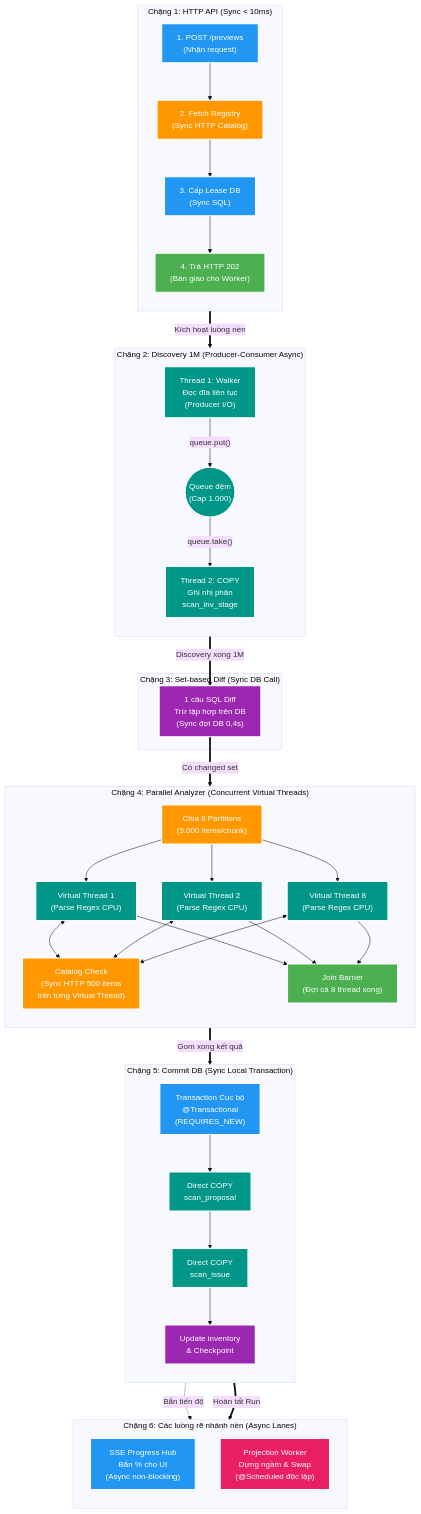
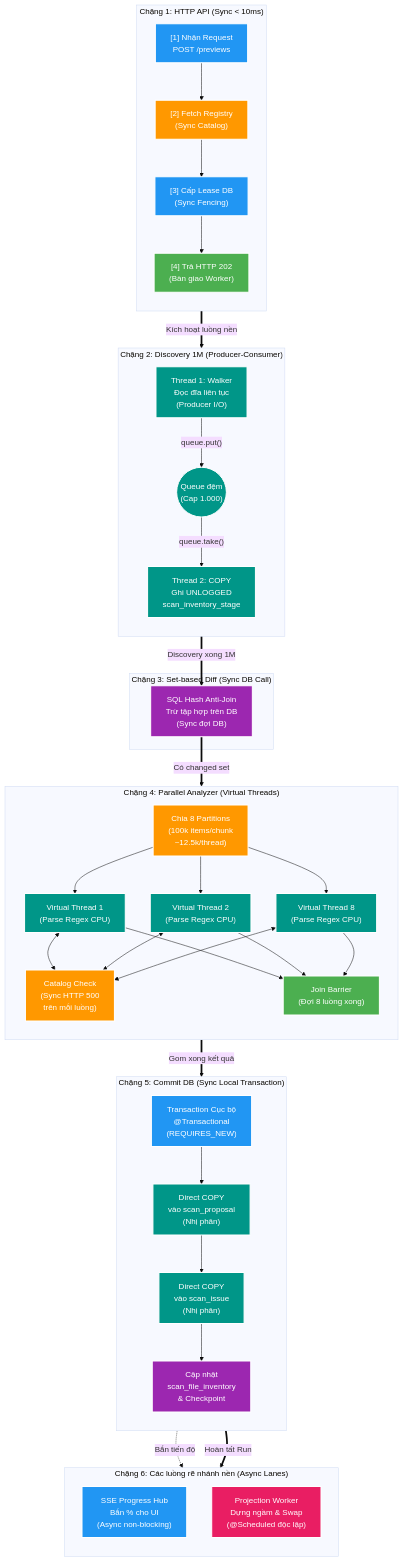
One commit to HungPhan200591/file-mngt-be-v2 changed the second of 6 diagrams in manual/learning/use-cases/scale-capacity/sc-01-scan-one-million-filesystem-entry/references/deep-dive-scan-preview-pipeline-under-30s.md. Above: the diagram before and after it, drawn with Mermaid (base theme). The commit also changed other lines of this file, not shown here.

Commit message:
refactor(documentation): enhance clarity and detail in deep dive scan preview pipeline documentation

```diff
--- a/manual/learning/use-cases/scale-capacity/sc-01-scan-one-million-filesystem-entry/references/deep-dive-scan-preview-pipeline-under-30s.md
+++ b/manual/learning/use-cases/scale-capacity/sc-01-scan-one-million-filesystem-entry/references/deep-dive-scan-preview-pipeline-under-30s.md
@@ -90,36 +91,36 @@
 flowchart TD
     subgraph PHASE_1_HTTP["Chặng 1: HTTP API (Sync &lt; 10ms)"]
         direction TB
-        REQ["1. POST /previews<br/>(Nhận request)"]
-        SNAP["2. Fetch Registry<br/>(Sync HTTP Catalog)"]
-        LEASE["3. Cấp Lease DB<br/>(Sync SQL)"]
-        RESP["4. Trả HTTP 202<br/>(Bàn giao cho Worker)"]
+        REQ["[1] Nhận Request<br/>POST /previews"]
+        SNAP["[2] Fetch Registry<br/>(Sync Catalog)"]
+        LEASE["[3] Cấp Lease DB<br/>(Sync Fencing)"]
+        RESP["[4] Trả HTTP 202<br/>(Bàn giao Worker)"]
         
         REQ --> SNAP --> LEASE --> RESP
     end
 
-    subgraph PHASE_2_DISCOVERY["Chặng 2: Discovery 1M (Producer-Consumer Async)"]
+    subgraph PHASE_2_DISCOVERY["Chặng 2: Discovery 1M (Producer-Consumer)"]
         direction TB
         T1["Thread 1: Walker<br/>Đọc đĩa liên tục<br/>(Producer I/O)"]
         Q(("Queue đệm<br/>(Cap 1.000)"))
-        T2["Thread 2: COPY<br/>Ghi nhị phân<br/>scan_inv_stage"]
+        T2["Thread 2: COPY<br/>Ghi UNLOGGED<br/>scan_inventory_stage"]
         
         T1 -->|"queue.put()"| Q
         Q -->|"queue.take()"| T2
     end
 
     subgraph PHASE_3_DIFF["Chặng 3: Set-based Diff (Sync DB Call)"]
-        SQL["1 câu SQL Diff<br/>Trừ tập hợp trên DB<br/>(Sync đợi DB 0,4s)"]
+        SQL["SQL Hash Anti-Join<br/>Trừ tập hợp trên DB<br/>(Sync đợi DB)"]
     end
 
-    subgraph PHASE_4_ANALYZE["Chặng 4: Parallel Analyzer (Concurrent Virtual Threads)"]
+    subgraph PHASE_4_ANALYZE["Chặng 4: Parallel Analyzer (Virtual Threads)"]
         direction TB
-        SPLIT["Chia 8 Partitions<br/>(5.000 items/chunk)"]
+        SPLIT["Chia 8 Partitions<br/>(100k items/chunk<br/>~12.5k/thread)"]
         V1["Virtual Thread 1<br/>(Parse Regex CPU)"]
         V2["Virtual Thread 2<br/>(Parse Regex CPU)"]
         V8["Virtual Thread 8<br/>(Parse Regex CPU)"]
-        CAT["Catalog Check<br/>(Sync HTTP 500 items<br/>trên từng Virtual Thread)"]
-        JOIN["Join Barrier<br/>(Đợi cả 8 thread xong)"]
+        CAT["Catalog Check<br/>(Sync HTTP 500<br/>trên mỗi luồng)"]
+        JOIN["Join Barrier<br/>(Đợi 8 luồng xong)"]
 
         SPLIT --> V1 & V2 & V8
         V1 & V2 & V8 <--> CAT
@@ -129,9 +130,9 @@
     subgraph PHASE_5_PERSIST["Chặng 5: Commit DB (Sync Local Transaction)"]
         direction TB
         TX["Transaction Cục bộ<br/>@Transactional<br/>(REQUIRES_NEW)"]
-        COPY_P["Direct COPY<br/>scan_proposal"]
-        COPY_I["Direct COPY<br/>scan_issue"]
-        INV_UP["Update inventory<br/>&amp; Checkpoint"]
+        COPY_P["Direct COPY<br/>vào scan_proposal<br/>(Nhị phân)"]
+        COPY_I["Direct COPY<br/>vào scan_issue<br/>(Nhị phân)"]
+        INV_UP["Cập nhật<br/>scan_file_inventory<br/>&amp; Checkpoint"]
 
         TX --> COPY_P --> COPY_I --> INV_UP
     end
```
